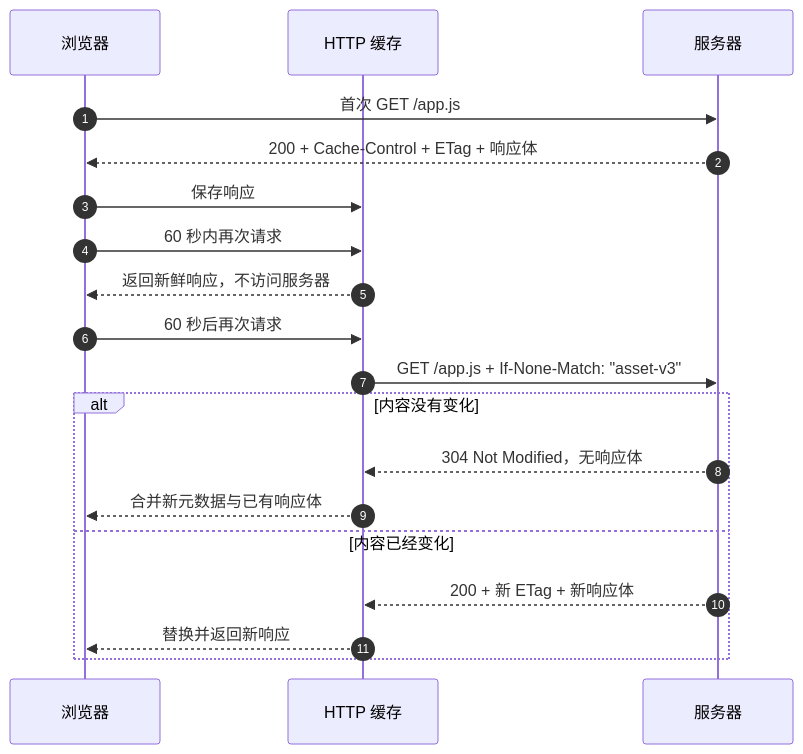
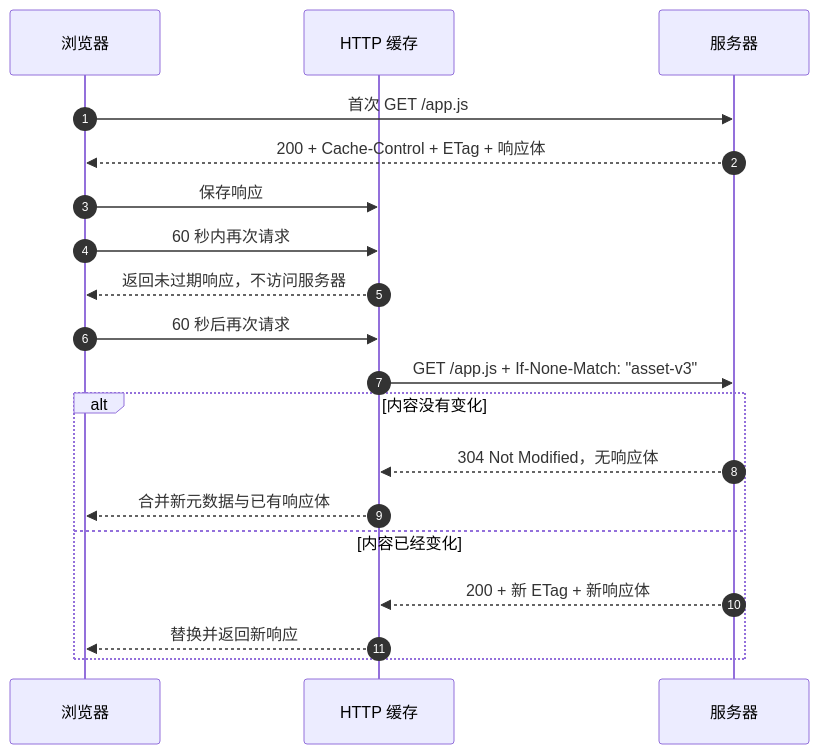
One commit to zeevenn/notes changed the diagram in docs/computer-science/networking/http-caching.md. Above: the diagram before and after it, drawn with Mermaid. The commit also changed other lines of this file and 1 other file, not shown here.

Commit message:
docs: clarify HTTP cache terminology

````diff
--- a/docs/computer-science/networking/http-caching.md
+++ b/docs/computer-science/networking/http-caching.md
@@ -39,24 +39,24 @@
 ```mermaid
 sequenceDiagram
   autonumber
   participant Browser as 浏览器
   participant Cache as HTTP 缓存
   participant Server as 服务器
 
   Browser->>Server: 首次 GET /app.js
   Server-->>Browser: 200 + Cache-Control + ETag + 响应体
   Browser->>Cache: 保存响应
 
   Browser->>Cache: 60 秒内再次请求
-  Cache-->>Browser: 返回新鲜响应，不访问服务器
+  Cache-->>Browser: 返回未过期响应，不访问服务器
 
   Browser->>Cache: 60 秒后再次请求
   Cache->>Server: GET /app.js + If-None-Match: "asset-v3"
   alt 内容没有变化
     Server-->>Cache: 304 Not Modified，无响应体
     Cache-->>Browser: 合并新元数据与已有响应体
   else 内容已经变化
     Server-->>Cache: 200 + 新 ETag + 新响应体
     Cache-->>Browser: 替换并返回新响应
   end
 ```
````
